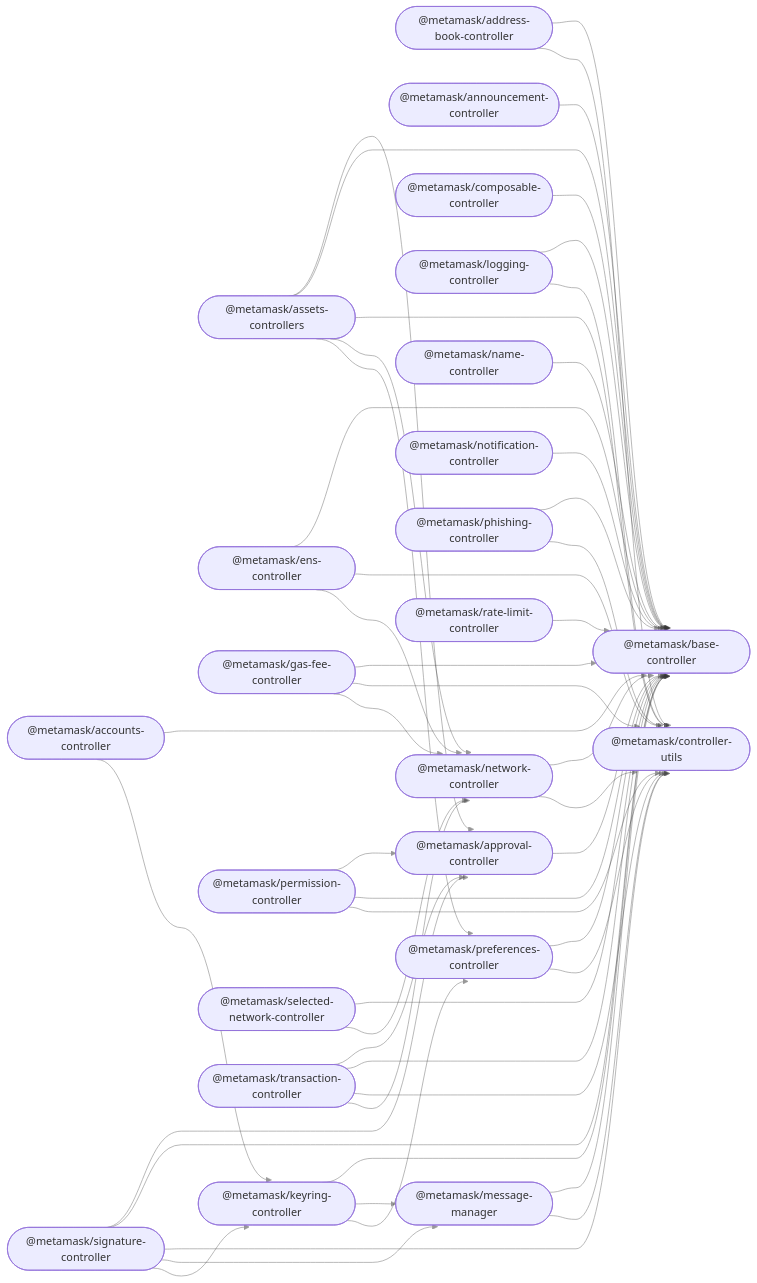
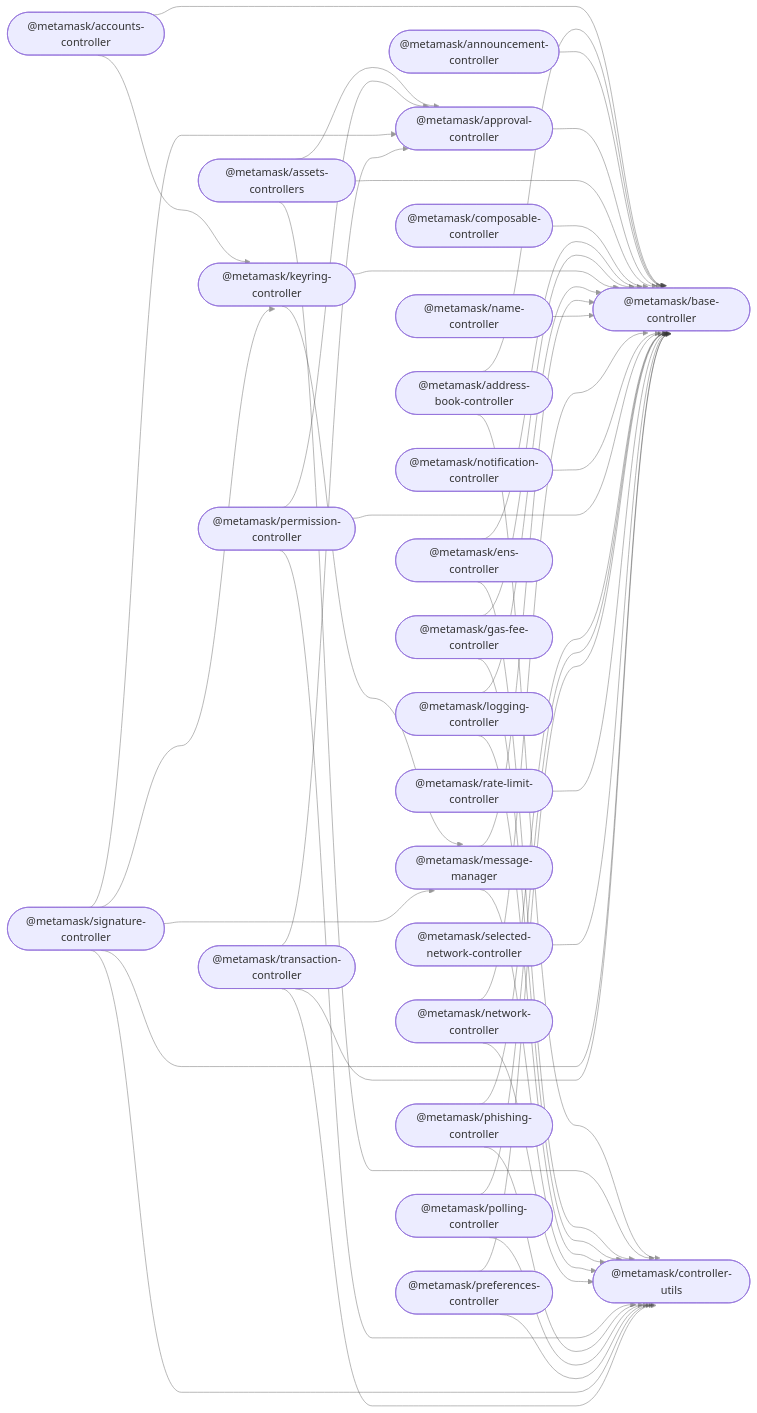
One commit to MetaMask/core changed the diagram in README.md. Above: the diagram before and after it, drawn with Mermaid. The commit also changed 43 other files, not shown here.

````diff
--- a/README.md
+++ b/README.md
@@ -35,76 +35,72 @@
 ```mermaid
 %%{ init: { 'flowchart': { 'curve': 'bumpX' } } }%%
 graph LR;
 linkStyle default opacity:0.5
   accounts_controller(["@metamask/accounts-controller"]);
   address_book_controller(["@metamask/address-book-controller"]);
   announcement_controller(["@metamask/announcement-controller"]);
   approval_controller(["@metamask/approval-controller"]);
   assets_controllers(["@metamask/assets-controllers"]);
   base_controller(["@metamask/base-controller"]);
   composable_controller(["@metamask/composable-controller"]);
   controller_utils(["@metamask/controller-utils"]);
   ens_controller(["@metamask/ens-controller"]);
   gas_fee_controller(["@metamask/gas-fee-controller"]);
   keyring_controller(["@metamask/keyring-controller"]);
   logging_controller(["@metamask/logging-controller"]);
   message_manager(["@metamask/message-manager"]);
   name_controller(["@metamask/name-controller"]);
   network_controller(["@metamask/network-controller"]);
   notification_controller(["@metamask/notification-controller"]);
   permission_controller(["@metamask/permission-controller"]);
   phishing_controller(["@metamask/phishing-controller"]);
+  polling_controller(["@metamask/polling-controller"]);
   preferences_controller(["@metamask/preferences-controller"]);
   rate_limit_controller(["@metamask/rate-limit-controller"]);
   selected_network_controller(["@metamask/selected-network-controller"]);
   signature_controller(["@metamask/signature-controller"]);
   transaction_controller(["@metamask/transaction-controller"]);
   accounts_controller --> base_controller;
   accounts_controller --> keyring_controller;
   address_book_controller --> base_controller;
   address_book_controller --> controller_utils;
   announcement_controller --> base_controller;
   approval_controller --> base_controller;
   assets_controllers --> approval_controller;
   assets_controllers --> base_controller;
   assets_controllers --> controller_utils;
-  assets_controllers --> network_controller;
-  assets_controllers --> preferences_controller;
   composable_controller --> base_controller;
   ens_controller --> base_controller;
   ens_controller --> controller_utils;
-  ens_controller --> network_controller;
   gas_fee_controller --> base_controller;
   gas_fee_controller --> controller_utils;
-  gas_fee_controller --> network_controller;
   keyring_controller --> base_controller;
   keyring_controller --> message_manager;
-  keyring_controller --> preferences_controller;
   logging_controller --> base_controller;
   logging_controller --> controller_utils;
   message_manager --> base_controller;
   message_manager --> controller_utils;
   name_controller --> base_controller;
   network_controller --> base_controller;
   network_controller --> controller_utils;
   notification_controller --> base_controller;
   permission_controller --> approval_controller;
   permission_controller --> base_controller;
   permission_controller --> controller_utils;
   phishing_controller --> base_controller;
   phishing_controller --> controller_utils;
+  polling_controller --> base_controller;
+  polling_controller --> controller_utils;
   preferences_controller --> base_controller;
   preferences_controller --> controller_utils;
   rate_limit_controller --> base_controller;
   selected_network_controller --> base_controller;
-  selected_network_controller --> network_controller;
   signature_controller --> approval_controller;
   signature_controller --> base_controller;
   signature_controller --> controller_utils;
   signature_controller --> message_manager;
   signature_controller --> keyring_controller;
   transaction_controller --> approval_controller;
   transaction_controller --> base_controller;
   transaction_controller --> controller_utils;
-  transaction_controller --> network_controller;
 ```
````
